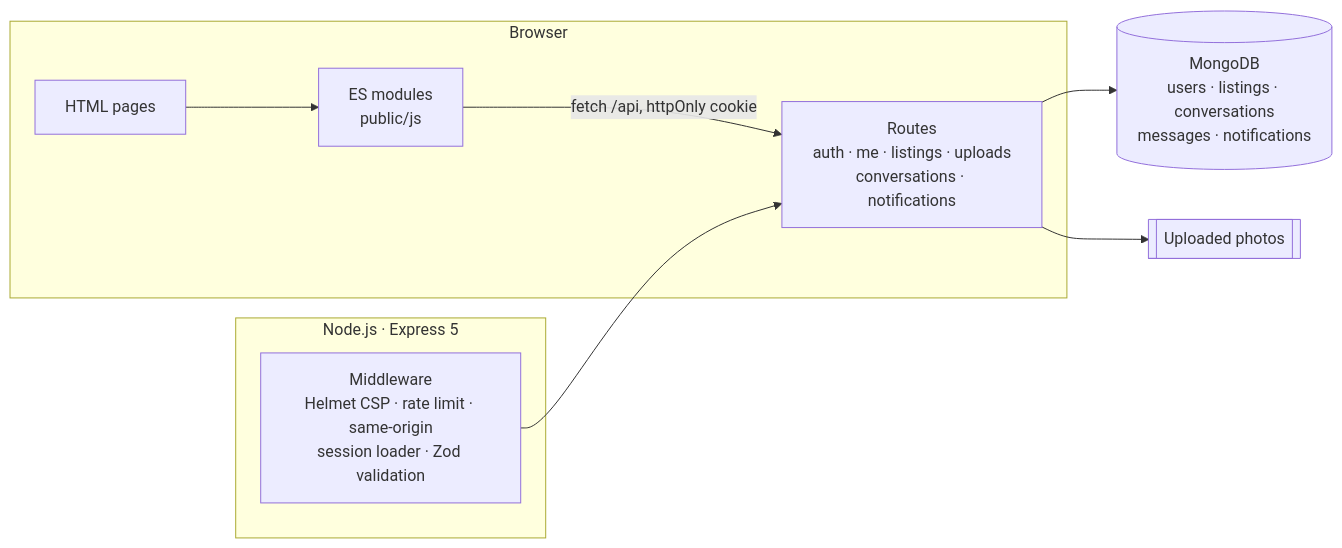
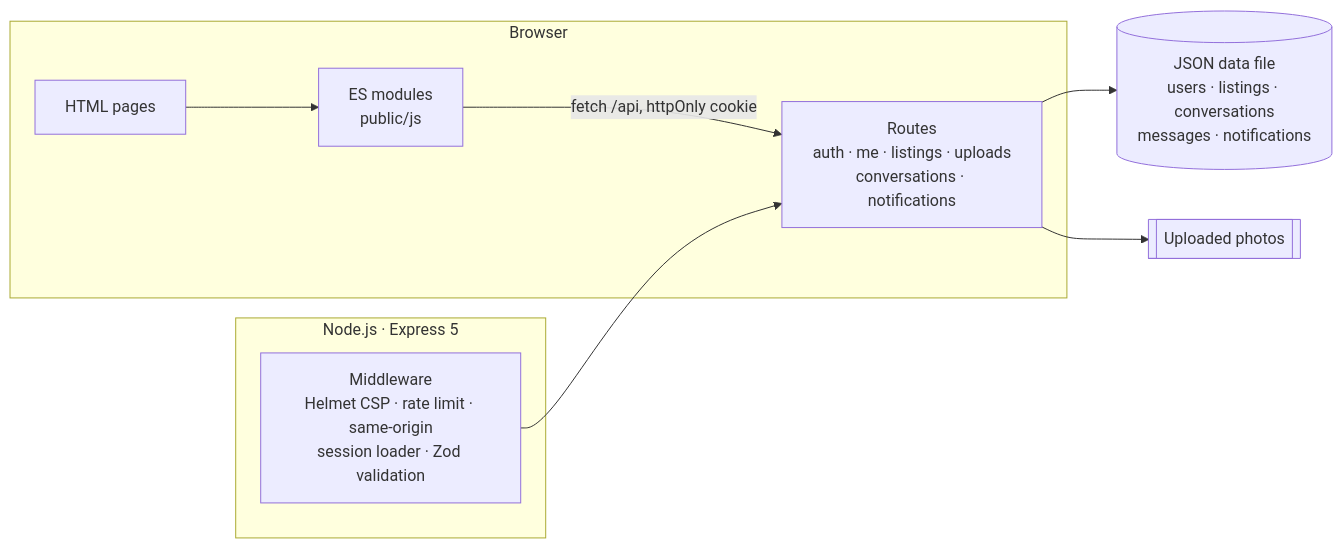
One commit to theflighttechofficial/Home-Finder-Plus-Rent-Buy-Sell- changed the diagram in README.md. Above: the diagram before and after it, drawn with Mermaid. The commit also changed other lines of this file and 27 other files, not shown here.

First line of the commit message:
Replace MongoDB with a built-in JSON file store

````diff
--- a/README.md
+++ b/README.md
@@ -239,14 +234,14 @@
 ```mermaid
 flowchart LR
     subgraph Browser
         P[HTML pages] --> J[ES modules<br/>public/js]
         J -->|fetch /api, httpOnly cookie| API
     end
     subgraph Server [Node.js · Express 5]
         API[Routes<br/>auth · me · listings · uploads<br/>conversations · notifications]
         MW[Middleware<br/>Helmet CSP · rate limit · same-origin<br/>session loader · Zod validation]
         MW --> API
     end
-    API --> DB[(MongoDB<br/>users · listings · conversations<br/>messages · notifications)]
+    API --> DB[(JSON data file<br/>users · listings · conversations<br/>messages · notifications)]
     API --> FS[[Uploaded photos]]
 ```
````
